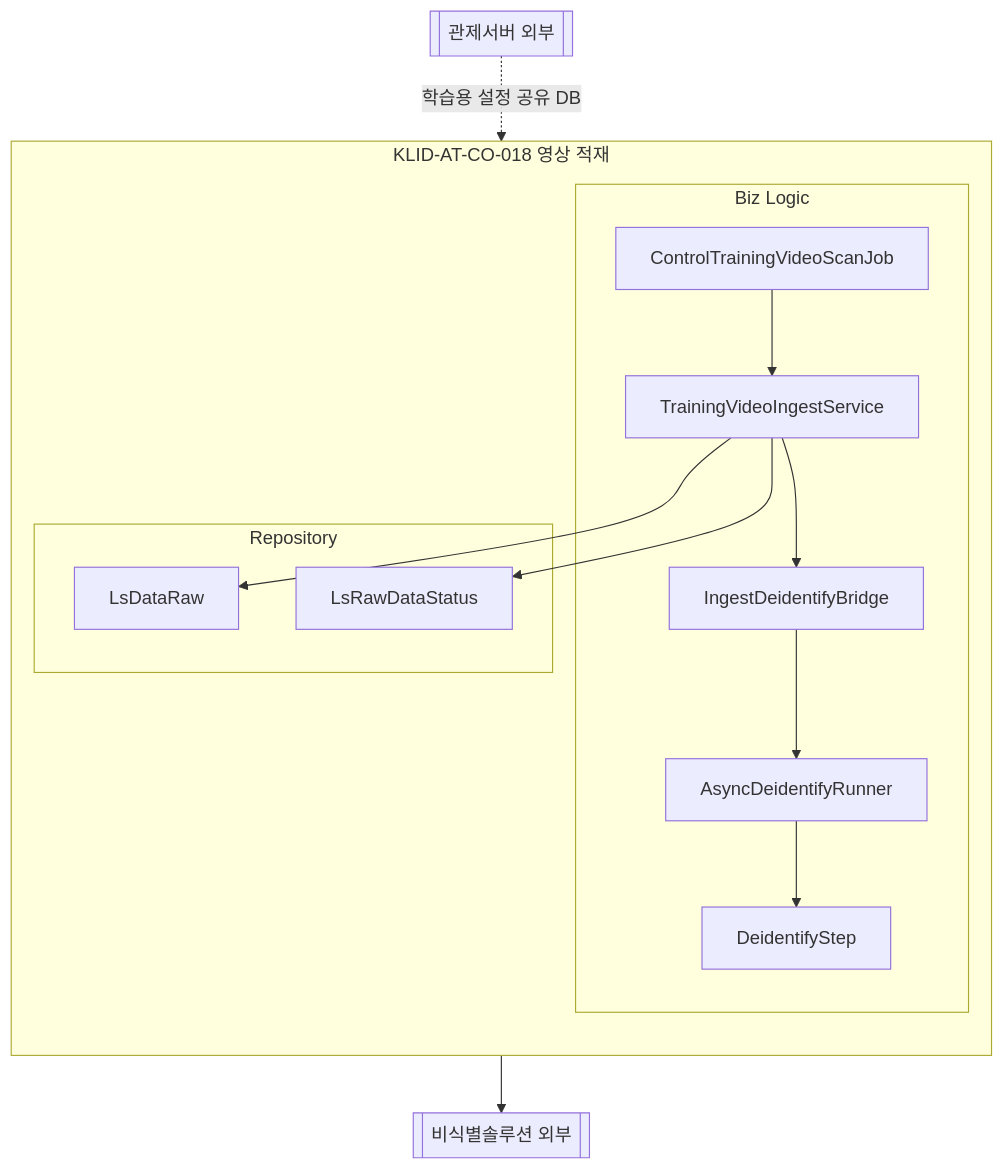
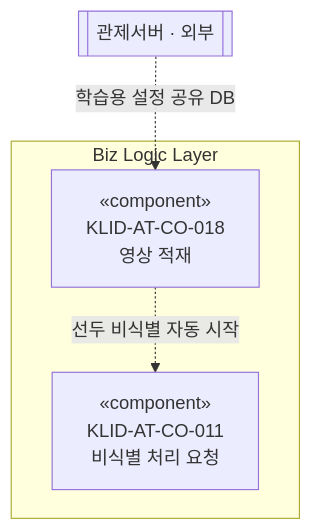
One commit to New-stella/klid-label changed diagram 14 of 18 in docs/design/D3-컴포넌트설계서.md. Above: the diagram before and after it, drawn with Mermaid. The commit also changed other lines of this file and 10 other files, not shown here.

````diff
--- a/docs/design/D3-컴포넌트설계서.md
+++ b/docs/design/D3-컴포넌트설계서.md
@@ -435,27 +289,10 @@
 ```mermaid
 flowchart TD
-    CTRL[[관제서버 외부]]
-    DEID[[비식별솔루션 외부]]
-    subgraph CO018[KLID-AT-CO-018 영상 적재]
-        direction TB
-        subgraph BIZ18[Biz Logic]
-            CSJ[ControlTrainingVideoScanJob]
-            TIS[TrainingVideoIngestService]
-            IDB[IngestDeidentifyBridge]
-            ADR[AsyncDeidentifyRunner]
-            DST[DeidentifyStep]
-        end
-        subgraph REP18[Repository]
-            RAW18[LsDataRaw]
-            RST18[LsRawDataStatus]
-        end
-        CSJ --> TIS
-        TIS --> RAW18
-        TIS --> RST18
-        TIS --> IDB
-        IDB --> ADR
-        ADR --> DST
+    CTRL[[관제서버 · 외부]]
+    subgraph BIZ18[Biz Logic Layer]
+        CO018["«component»<br/>KLID-AT-CO-018<br/>영상 적재"]
+        CO011R["«component»<br/>KLID-AT-CO-011<br/>비식별 처리 요청"]
     end
-    CTRL -.학습용 설정 공유 DB.-> CSJ
-    DST --> DEID
+    CTRL -.학습용 설정 공유 DB.-> CO018
+    CO018 -.선두 비식별 자동 시작.-> CO011R
 ```
````
